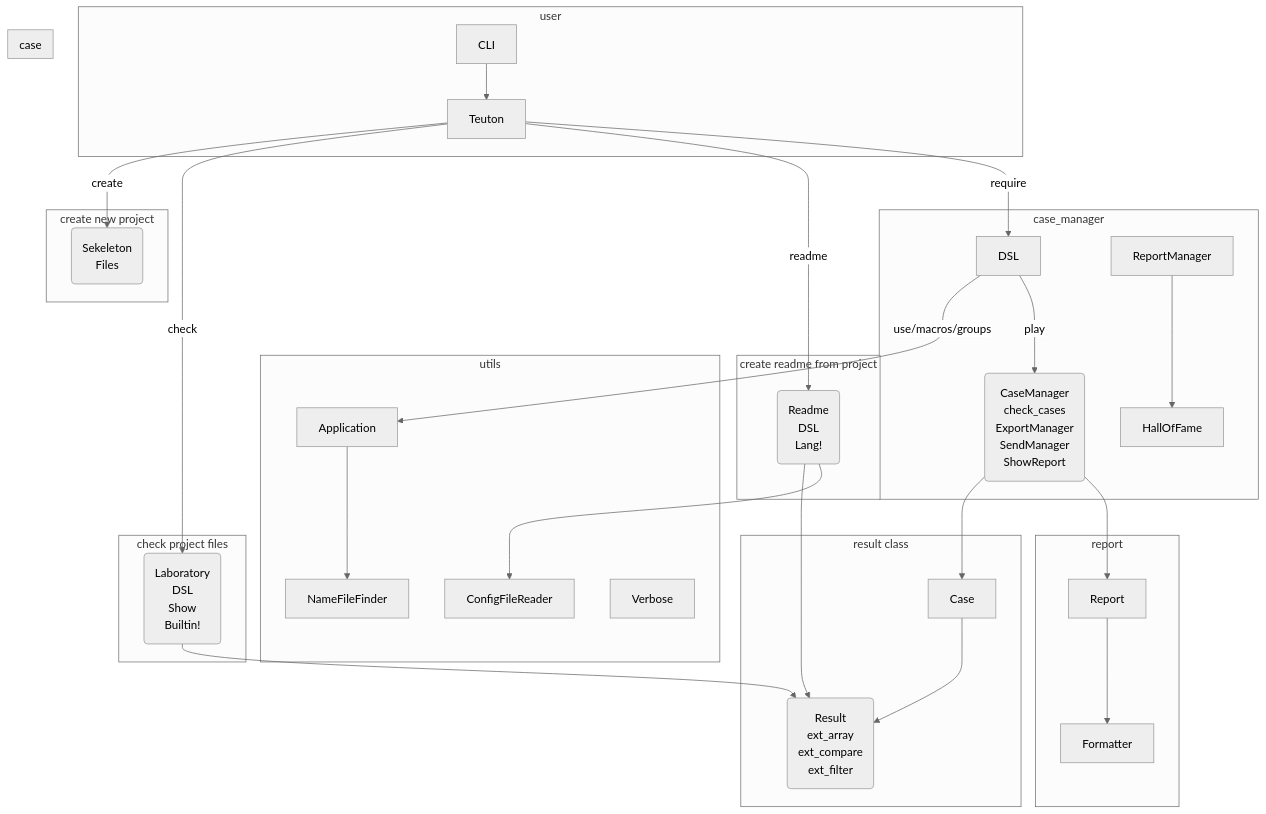
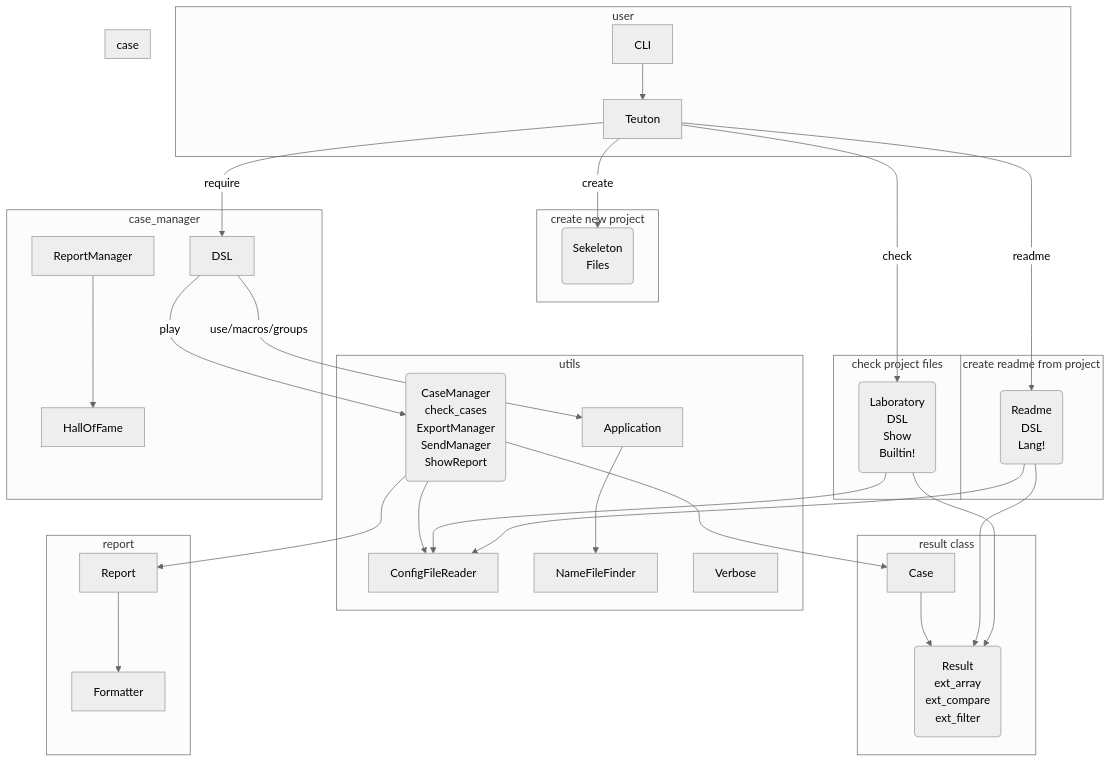
The diagram in docs/diagram.md (teuton-software/teuton), drawn with Mermaid (neutral theme) before and after one commit.

````diff
--- a/docs/diagram.md
+++ b/docs/diagram.md
@@ -5,47 +5,49 @@
 ```mermaid
 flowchart TB
 
 subgraph user
   CLI --> Teuton
 end
 
 subgraph "create new project"
   Teuton -- create --> Skeleton("Sekeleton\nFiles")
 end
 
 subgraph "check project files"
   Teuton -- check --> Laboratory("Laboratory\nDSL\nShow\nBuiltin!")
 end
 
 subgraph "create readme from project"
   Teuton -- readme --> Readme("Readme\nDSL\nLang!")
 end
 
 subgraph "result class"
   Laboratory --> Result
   Readme --> Result("Result\next_array\next_compare\next_filter")
   Case --> Result
 end
 
 subgraph utils
   Readme --> ConfigFileReader
+  Laboratory --> ConfigFileReader
+  CaseManager --> ConfigFileReader
   Application --> NameFileFinder
   Verbose
 end
 
 subgraph case_manager
   Teuton -- require --> DSL
   DSL -- use/macros/groups --> Application
   DSL -- play --> CaseManager("CaseManager\ncheck_cases\nExportManager\nSendManager\nShowReport")
   ReportManager --> HallOfFame
 end
 
 subgraph case
   CaseManager --> Case
 end
 
 subgraph report
   CaseManager --> Report
   Report --> Formatter
 end
 ```
````
